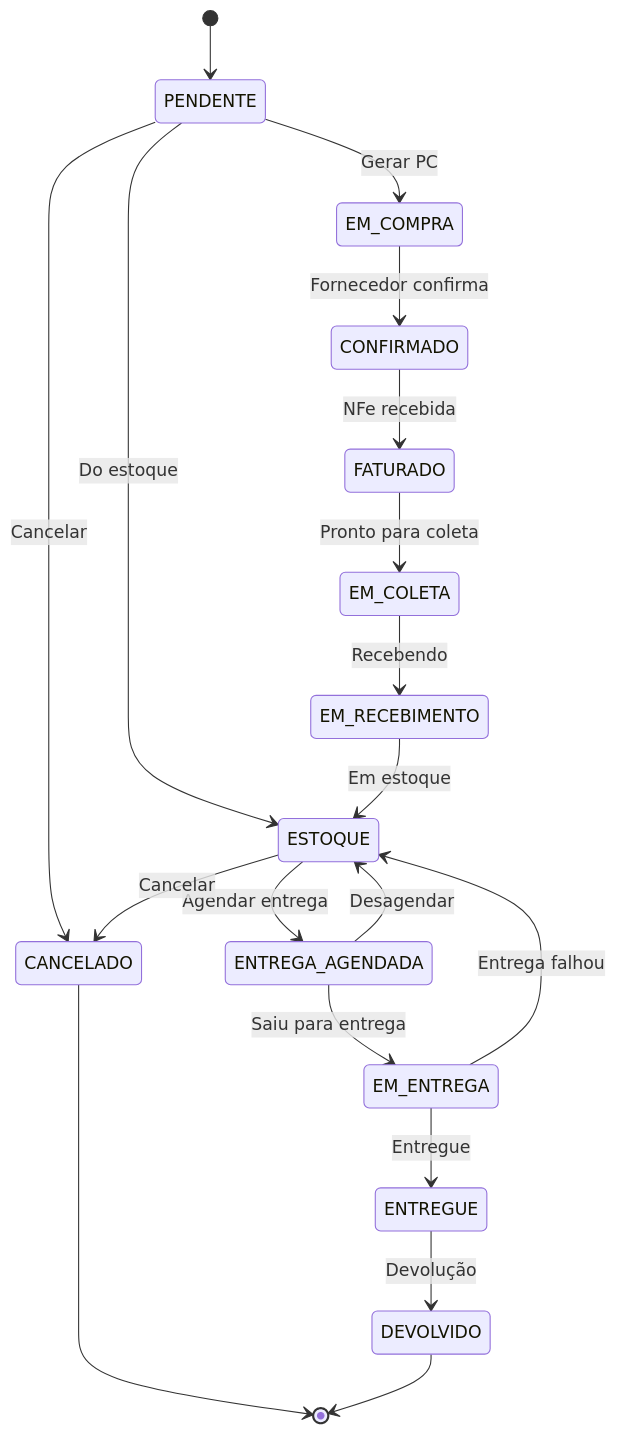
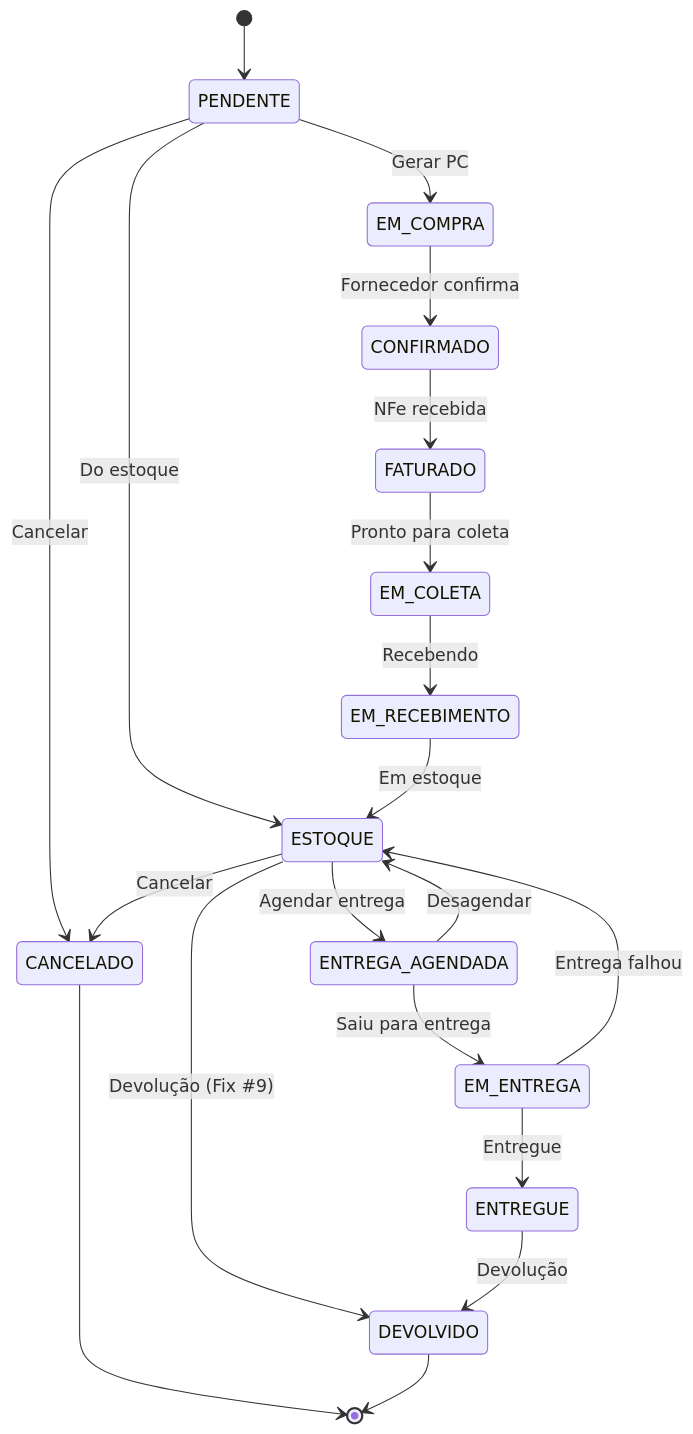
The fifth of 7 diagrams in .claude/next-gen/03-decisoes/02-schema-redesenhado.md (darktorres/ERP-STACCATO), drawn with Mermaid before and after one commit. The commit also changed other lines of this file, not shown here.

First line of the commit message:
fix(schema): Add database integrity constraints and triggers

````diff
--- a/.claude/next-gen/03-decisoes/02-schema-redesenhado.md
+++ b/.claude/next-gen/03-decisoes/02-schema-redesenhado.md
@@ -1458,29 +1849,30 @@
 ```mermaid
 stateDiagram-v2
     [*] --> PENDENTE
 
     PENDENTE --> EM_COMPRA : Gerar PC
     PENDENTE --> ESTOQUE : Do estoque
     PENDENTE --> CANCELADO : Cancelar
 
     EM_COMPRA --> CONFIRMADO : Fornecedor confirma
     CONFIRMADO --> FATURADO : NFe recebida
 
     FATURADO --> EM_COLETA : Pronto para coleta
     EM_COLETA --> EM_RECEBIMENTO : Recebendo
     EM_RECEBIMENTO --> ESTOQUE : Em estoque
 
     ESTOQUE --> ENTREGA_AGENDADA : Agendar entrega
     ESTOQUE --> CANCELADO : Cancelar
+    ESTOQUE --> DEVOLVIDO : Devolução (Fix #9)
 
     ENTREGA_AGENDADA --> EM_ENTREGA : Saiu para entrega
     ENTREGA_AGENDADA --> ESTOQUE : Desagendar
 
     EM_ENTREGA --> ENTREGUE : Entregue
     EM_ENTREGA --> ESTOQUE : Entrega falhou
 
     ENTREGUE --> DEVOLVIDO : Devolução
 
     CANCELADO --> [*]
     DEVOLVIDO --> [*]
 ```
````
